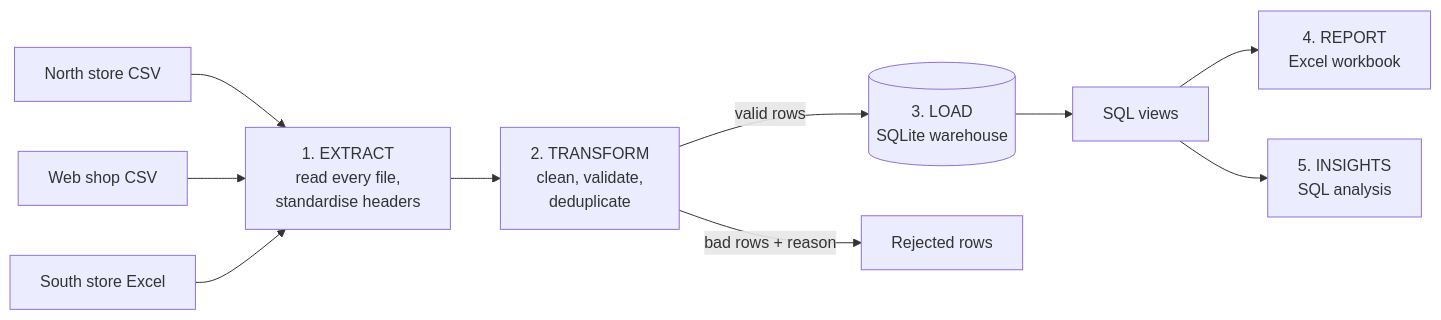
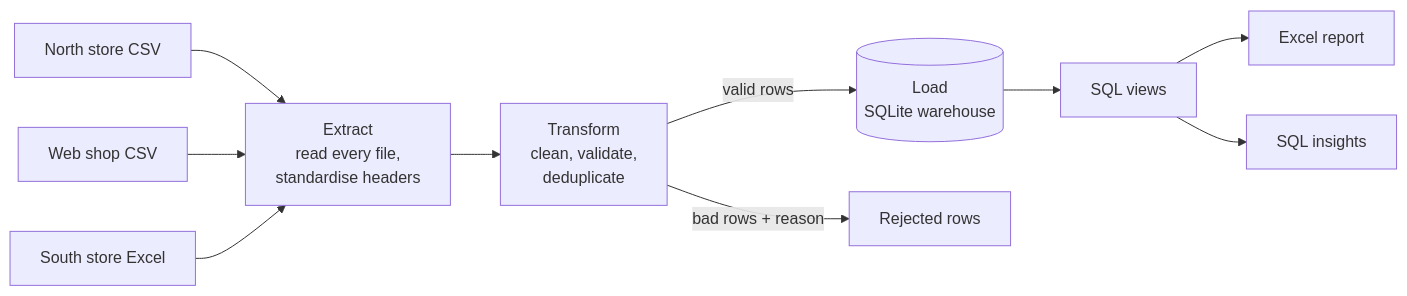
One commit to Adnan040404/sales-data-etl-pipeline changed the diagram in README.md. Above: the diagram before and after it, drawn with Mermaid. The commit also changed other lines of this file, not shown here.

````diff
--- a/README.md
+++ b/README.md
@@ -38,12 +31,12 @@
 ```mermaid
 flowchart LR
     A[North store CSV] --> E
     B[Web shop CSV] --> E
     C[South store Excel] --> E
-    E["1. EXTRACT<br/>read every file,<br/>standardise headers"] --> T["2. TRANSFORM<br/>clean, validate,<br/>deduplicate"]
-    T -->|valid rows| L[("3. LOAD<br/>SQLite warehouse")]
+    E["Extract<br/>read every file,<br/>standardise headers"] --> T["Transform<br/>clean, validate,<br/>deduplicate"]
+    T -->|valid rows| L[("Load<br/>SQLite warehouse")]
     T -->|bad rows + reason| R[Rejected rows]
     L --> V[SQL views]
-    V --> X["4. REPORT<br/>Excel workbook"]
-    V --> I["5. INSIGHTS<br/>SQL analysis"]
+    V --> X["Excel report"]
+    V --> I["SQL insights"]
 ```
````
